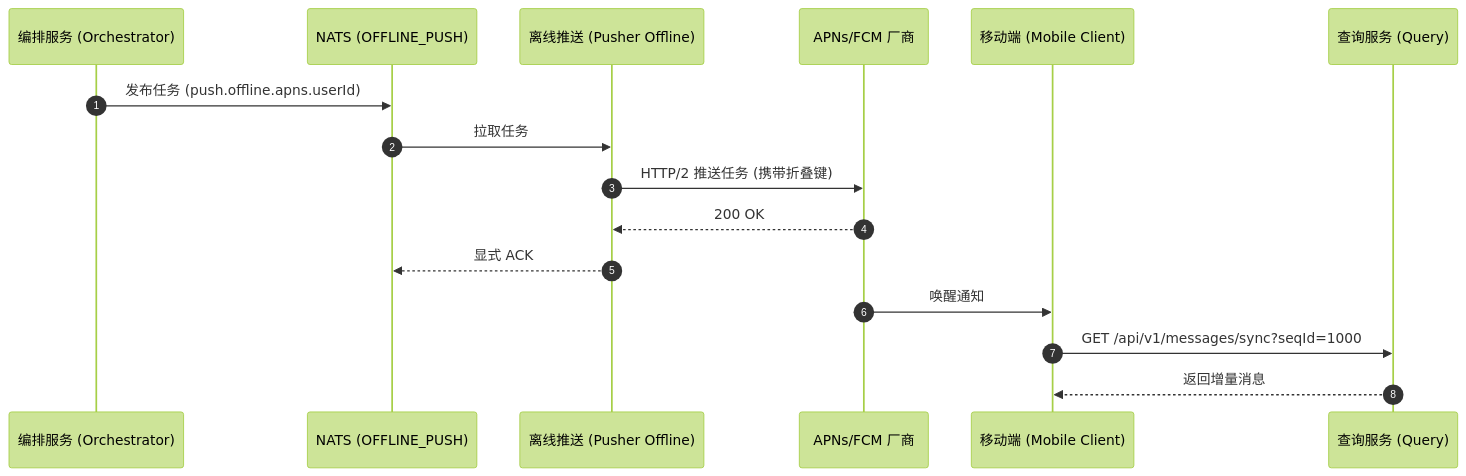
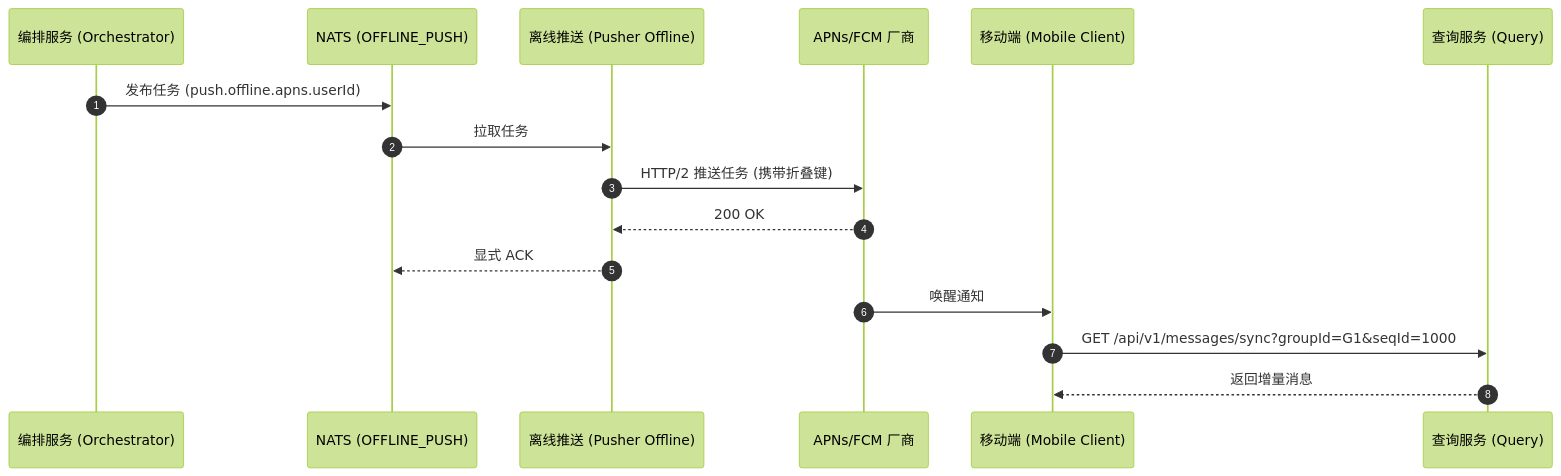
The diagram in i18n/zh-CN/docusaurus-plugin-content-docs/current/devdocs/Bussiness Logic/handle-offline-message-push.md (JamesWilson19970101/ocean.chat.docs), drawn with Mermaid (forest theme) before and after one commit. The commit also changed other lines of this file and 9 other files, not shown here.

First line of the commit message:
docs: unify SyncSeqId as per-conversation sequence and scope sync API accordingly

````diff
--- a/i18n/zh-CN/docusaurus-plugin-content-docs/current/devdocs/Bussiness Logic/handle-offline-message-push.md
+++ b/i18n/zh-CN/docusaurus-plugin-content-docs/current/devdocs/Bussiness Logic/handle-offline-message-push.md
@@ -95,19 +95,19 @@
 ```mermaid
 sequenceDiagram
     autonumber
     participant O as 编排服务 (Orchestrator)
     participant N as NATS (OFFLINE_PUSH)
     participant W as 离线推送 (Pusher Offline)
     participant V as APNs/FCM 厂商
     participant C as 移动端 (Mobile Client)
     participant Q as 查询服务 (Query)
 
     O->>N: 发布任务 (push.offline.apns.userId)
     N->>W: 拉取任务
     W->>V: HTTP/2 推送任务 (携带折叠键)
     V-->>W: 200 OK
     W-->>N: 显式 ACK
     V->>C: 唤醒通知
-    C->>Q: GET /api/v1/messages/sync?seqId=1000
+    C->>Q: GET /api/v1/messages/sync?groupId=G1&seqId=1000
     Q-->>C: 返回增量消息
 ```
````
